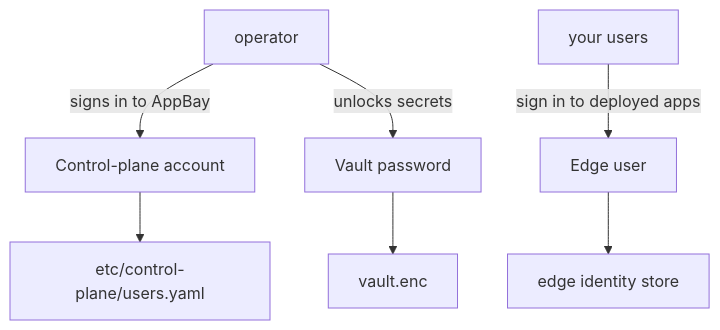
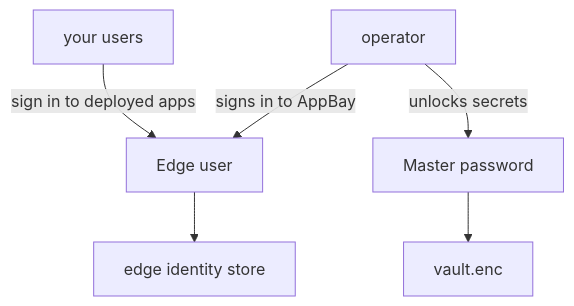
The diagram in docs/guide/credentials.qmd (kundeng/appbay-cli), drawn with Mermaid before and after one commit. The commit also changed other lines of this file and 18 other files, not shown here.

First line of the commit message:
feat(#RFC-001 §1): delete the control-plane account, and carry its accounts to the edge

````diff
--- a/docs/guide/credentials.qmd
+++ b/docs/guide/credentials.qmd
@@ -20,10 +19,9 @@
 ```{mermaid}
 flowchart TD
-  A[operator] -->|signs in to AppBay| CP[Control-plane account]
-  A -->|unlocks secrets| V[Vault password]
-  U[your users] -->|sign in to deployed apps| E[Edge user]
+  A[operator] -->|signs in to AppBay| E[Edge user]
+  U[your users] -->|sign in to deployed apps| E
+  A -->|unlocks secrets| V[Master password]
 
-  CP --> CPF[etc/control-plane/users.yaml]
+  E --> EF[edge identity store]
   V --> VF[vault.enc]
-  E --> EF[edge identity store]
 ```
````
